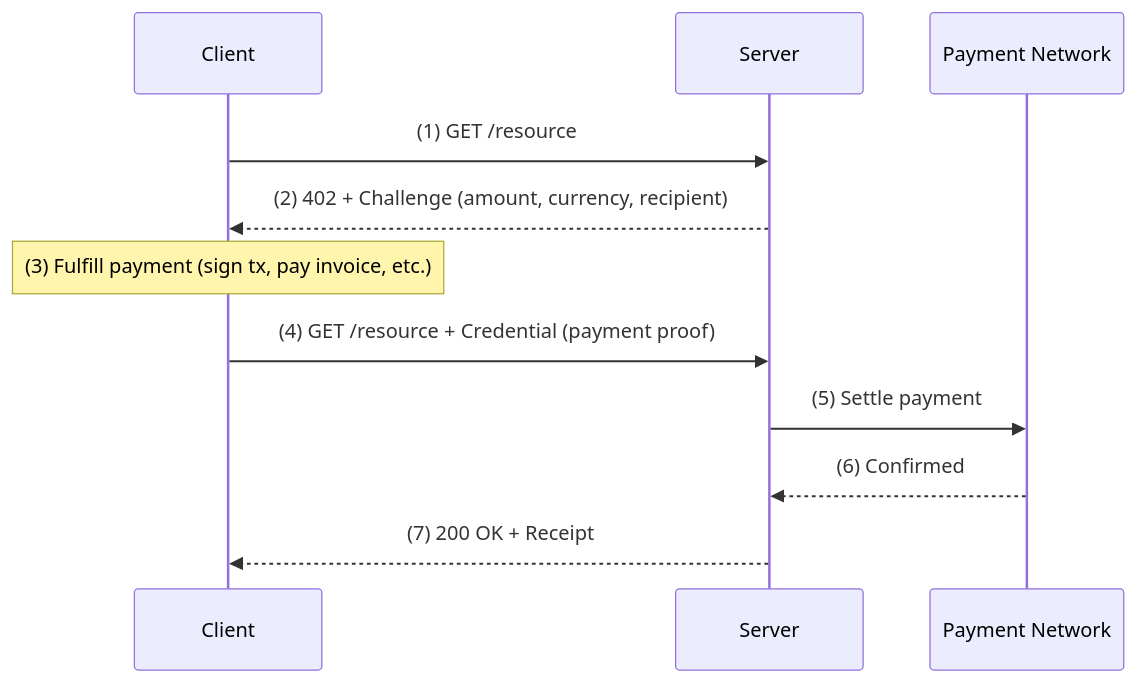
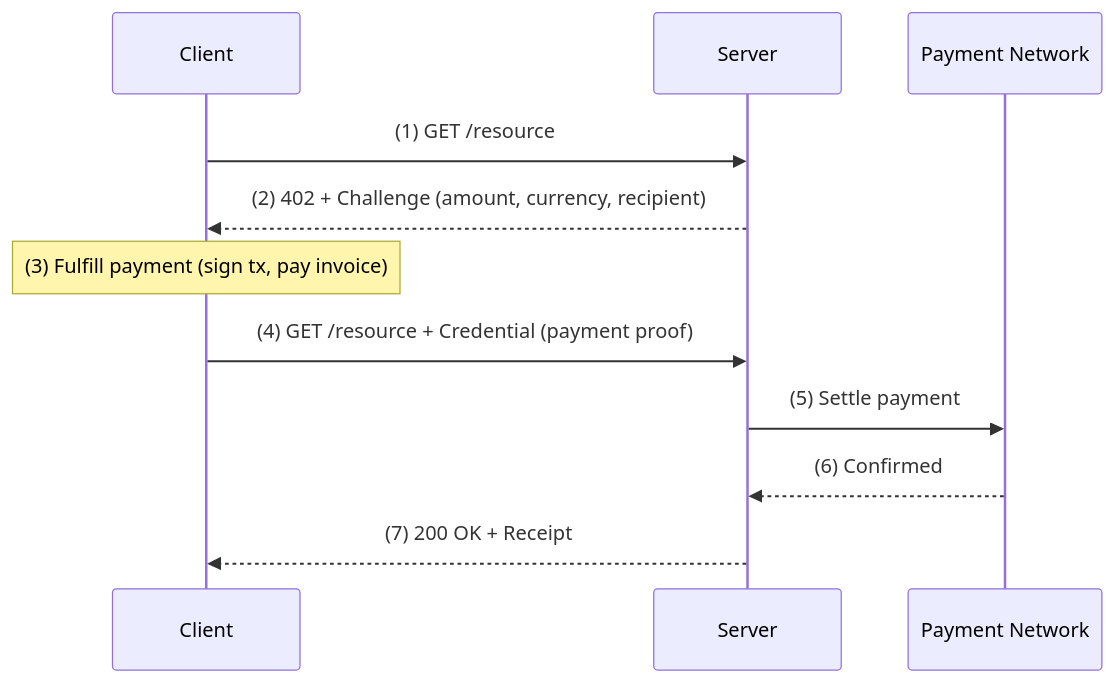
The diagram in src/pages/intents/charge.mdx (tempoxyz/mpp), drawn with Mermaid before and after one commit. The commit also changed 1 other file, not shown here.

Commit message:
style nits

````diff
--- a/src/pages/intents/charge.mdx
+++ b/src/pages/intents/charge.mdx
@@ -10,14 +10,14 @@
 ```mermaid
 sequenceDiagram
     participant Client
     participant Server
     participant Network as Payment Network
 
     Client->>Server: (1) GET /resource
     Server-->>Client: (2) 402 + Challenge (amount, currency, recipient)
-    Note over Client: (3) Fulfill payment (sign tx, pay invoice, etc.)
+    Note over Client: (3) Fulfill payment (sign tx, pay invoice)
     Client->>Server: (4) GET /resource + Credential (payment proof)
     Server->>Network: (5) Settle payment
     Network-->>Server: (6) Confirmed
     Server-->>Client: (7) 200 OK + Receipt
 ```
````
